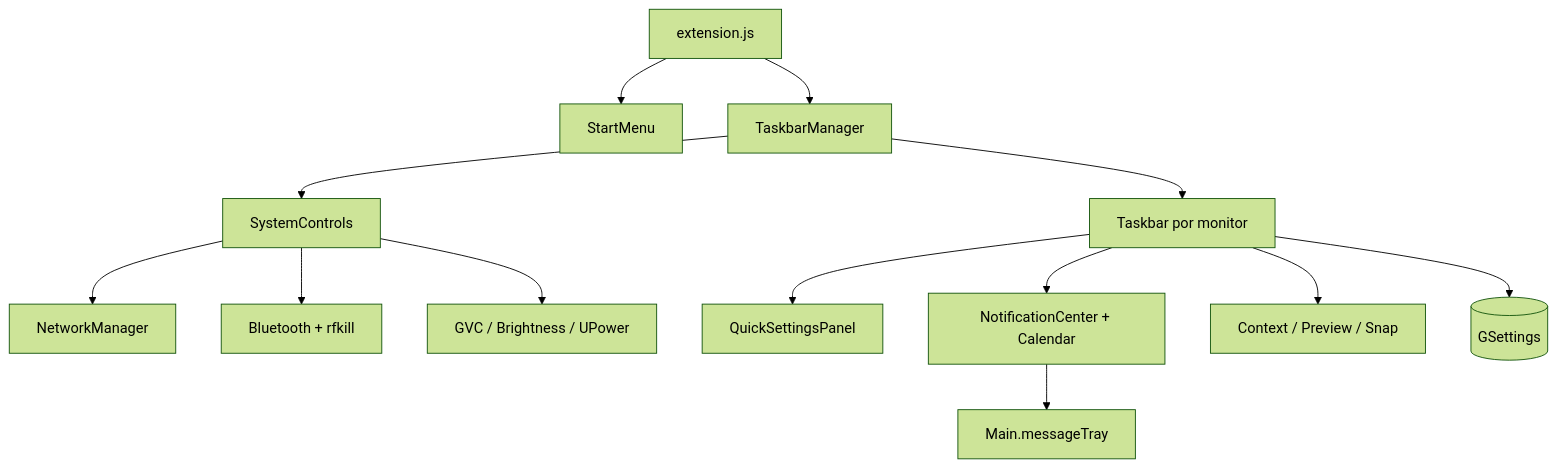
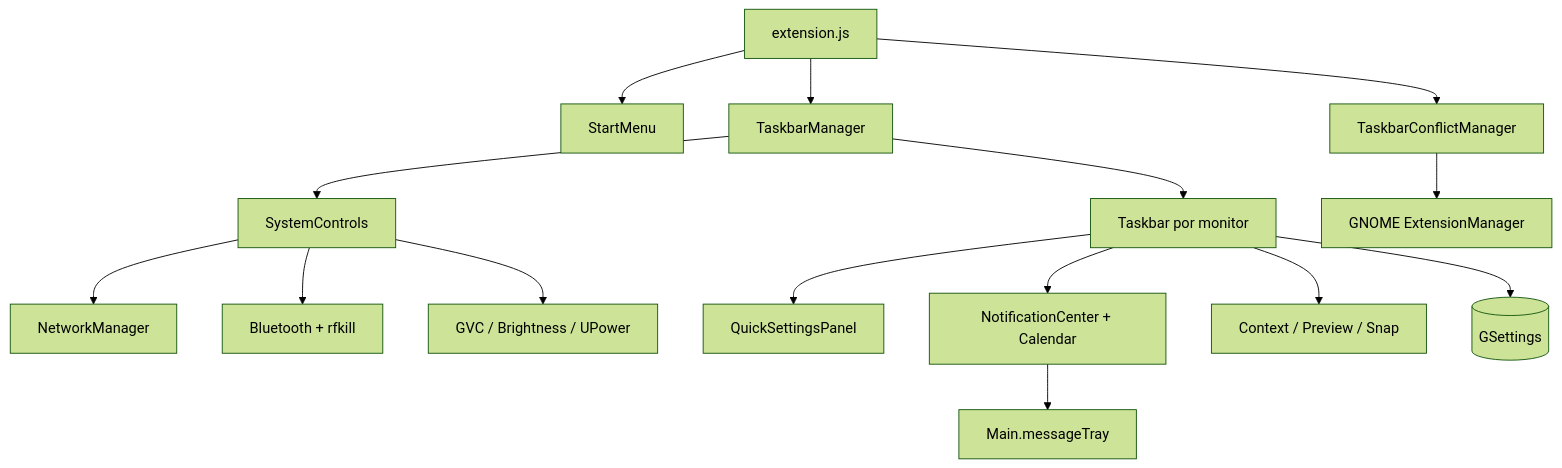
The diagram in docs/architecture.md (iklav-tech/winshell), drawn with Mermaid (forest theme) before and after one commit. The commit also changed other lines of this file and 23 other files, not shown here.

````diff
--- a/docs/architecture.md
+++ b/docs/architecture.md
@@ -7,15 +7,17 @@
 ```mermaid
 flowchart TD
   E[extension.js] --> S[StartMenu]
   E --> M[TaskbarManager]
+  E --> H[TaskbarConflictManager]
+  H --> EM[GNOME ExtensionManager]
   M --> C[SystemControls]
   M --> T[Taskbar por monitor]
   T --> Q[QuickSettingsPanel]
   T --> N[NotificationCenter + Calendar]
   T --> X[Context / Preview / Snap]
   C --> NM[NetworkManager]
   C --> BT[Bluetooth + rfkill]
   C --> AV[GVC / Brightness / UPower]
   N --> MT[Main.messageTray]
   T --> GS[(GSettings)]
 ```
````
